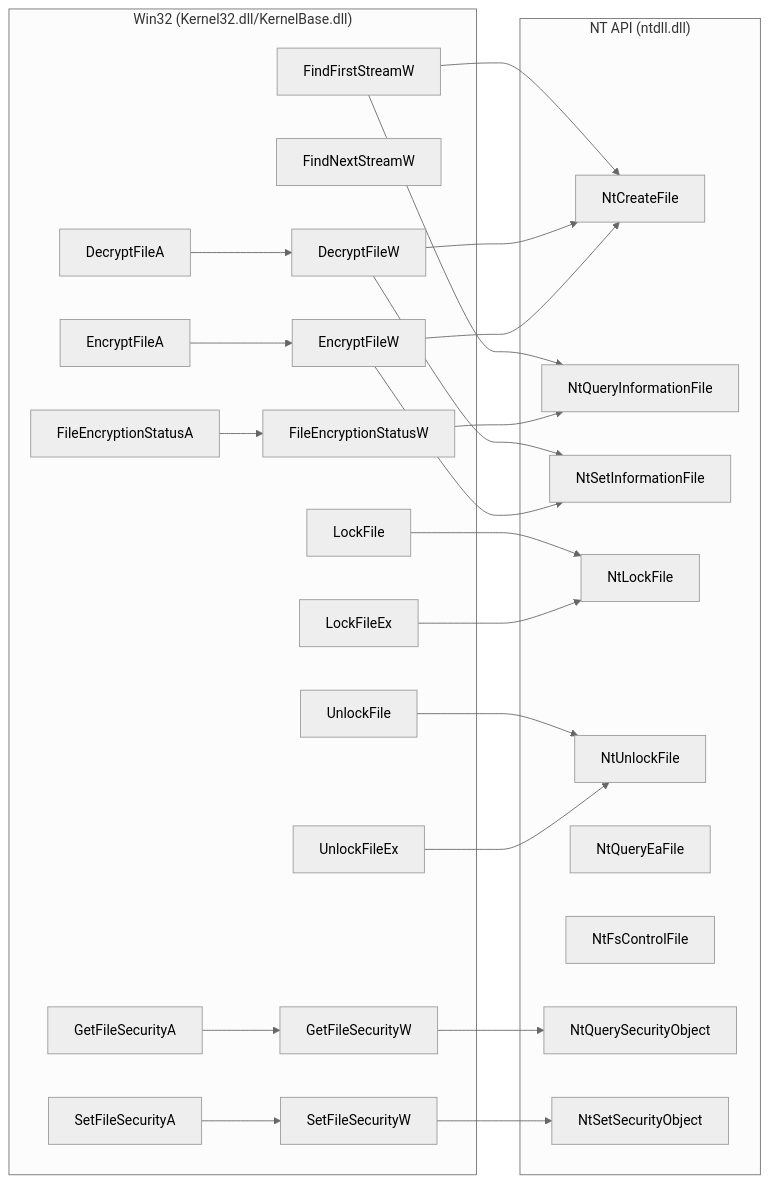
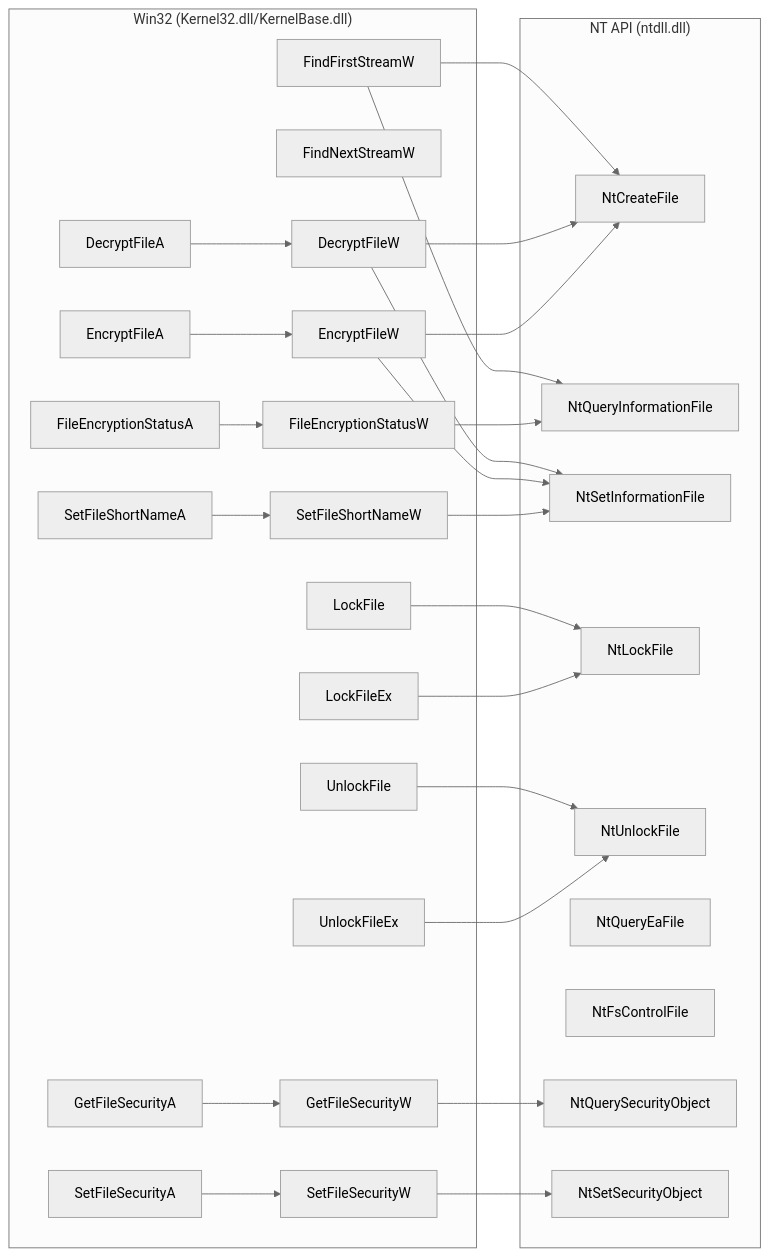
One commit to Sewer56/vfs-writeup changed diagram 11 of 11 in docs/index.md. Above: the diagram before and after it, drawn with Mermaid (neutral theme). The commit also changed other lines of this file, not shown here.

Commit message:
Added: 8.3 Short Names to Windows APIs.

````diff
--- a/docs/index.md
+++ b/docs/index.md
@@ -723,53 +723,57 @@
 ```mermaid
 flowchart LR
     subgraph Win32["Win32 (Kernel32.dll/KernelBase.dll)"]
     FindFirstStreamW
     FindNextStreamW
     LockFile
     LockFileEx
     UnlockFile
     UnlockFileEx
     DecryptFileA
     DecryptFileW
     EncryptFileA
     EncryptFileW
     FileEncryptionStatusA
     FileEncryptionStatusW
     GetFileSecurityA
     GetFileSecurityW
     SetFileSecurityA
     SetFileSecurityW
+    SetFileShortNameA
+    SetFileShortNameW
 
     DecryptFileA --> DecryptFileW
     EncryptFileA --> EncryptFileW
     FileEncryptionStatusA --> FileEncryptionStatusW
     GetFileSecurityA --> GetFileSecurityW
     SetFileSecurityA --> SetFileSecurityW
+    SetFileShortNameA --> SetFileShortNameW
     end
 
     subgraph NT["NT API (ntdll.dll)"]
     NtCreateFile
     NtQueryInformationFile
     NtSetInformationFile
     NtLockFile
     NtUnlockFile
     NtQueryEaFile
     NtFsControlFile
     NtQuerySecurityObject
     NtSetSecurityObject
 
     FindFirstStreamW --> NtCreateFile
     FindFirstStreamW --> NtQueryInformationFile
     LockFile --> NtLockFile
     LockFileEx --> NtLockFile
     UnlockFile --> NtUnlockFile
     UnlockFileEx --> NtUnlockFile
     DecryptFileW --> NtCreateFile
     DecryptFileW --> NtSetInformationFile
     EncryptFileW --> NtCreateFile
     EncryptFileW --> NtSetInformationFile
     FileEncryptionStatusW --> NtQueryInformationFile
     GetFileSecurityW --> NtQuerySecurityObject
     SetFileSecurityW --> NtSetSecurityObject
+    SetFileShortNameW --> NtSetInformationFile
     end
 ```
````
